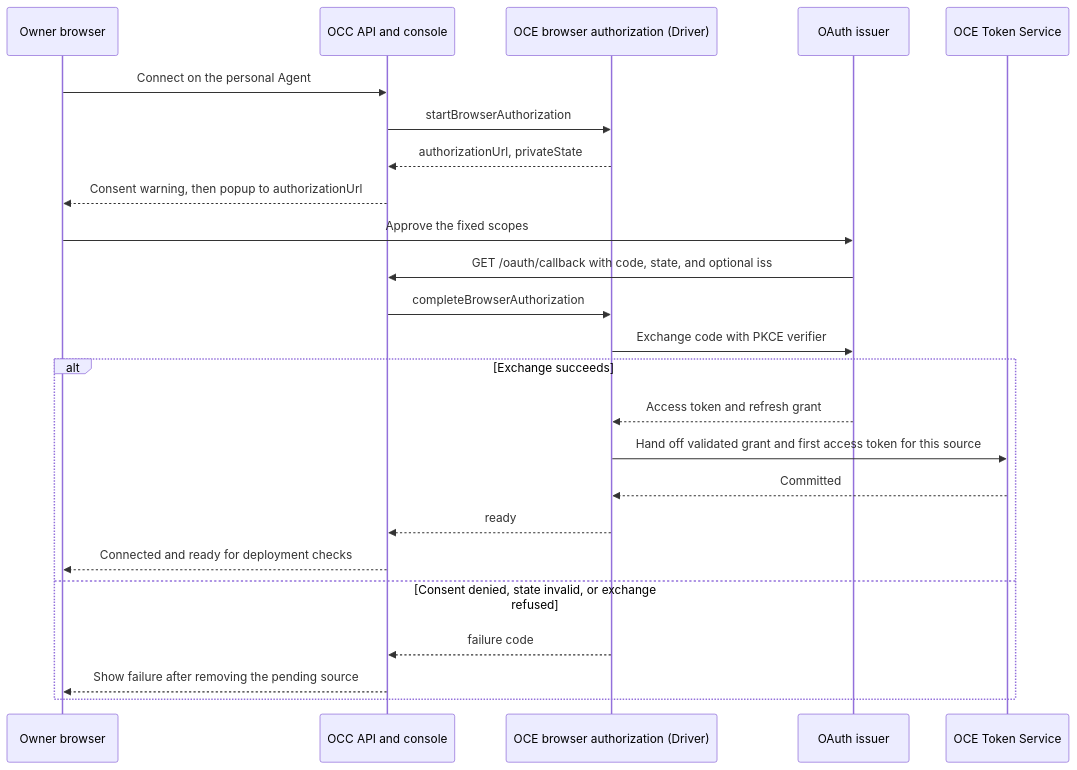
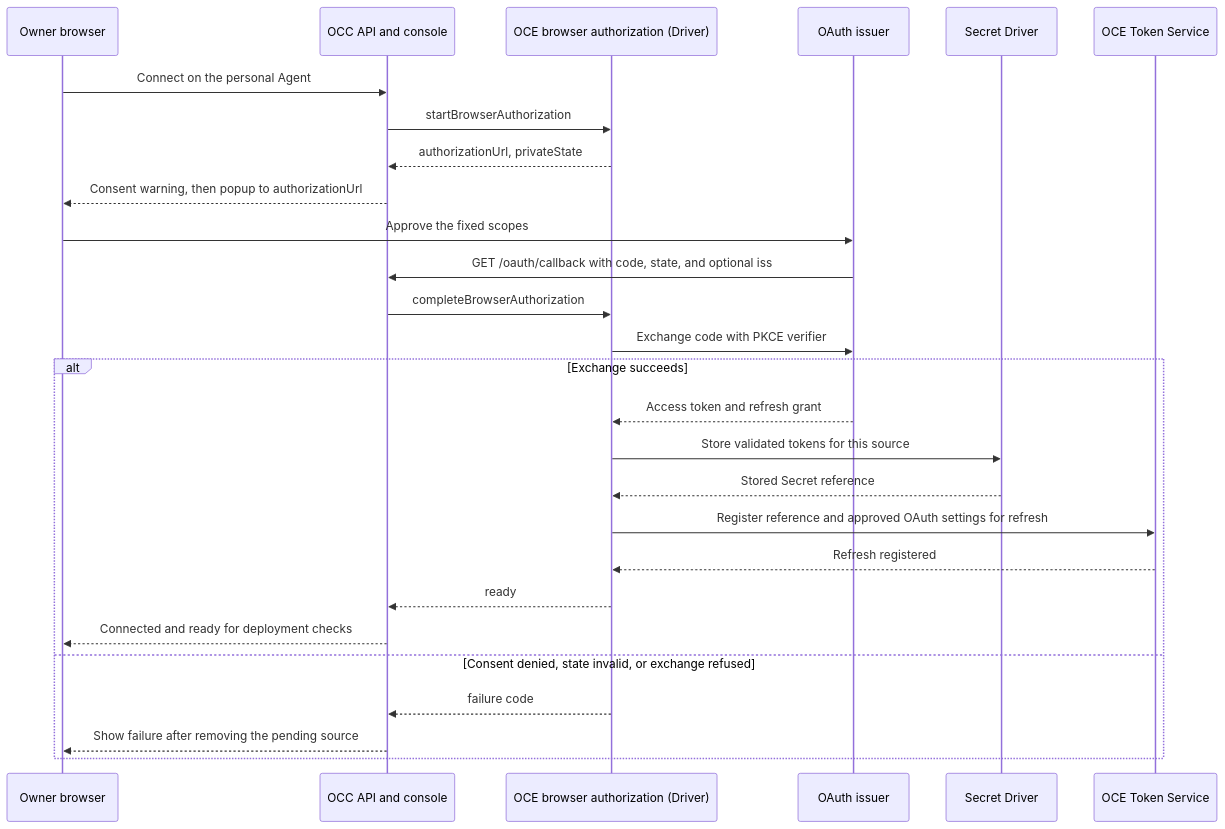
The diagram in specs/rfcs/0024-agent-oauth-connections/index.md (openclaw/openclaw-enterprise), drawn with Mermaid before and after one commit. The commit also changed other lines of this file and 2 other files, not shown here.

Commit message:
RFC-0024: Store OAuth tokens through the Secret Driver

````diff
--- a/specs/rfcs/0024-agent-oauth-connections/index.md
+++ b/specs/rfcs/0024-agent-oauth-connections/index.md
@@ -220,26 +221,29 @@
 ```mermaid
 sequenceDiagram
   participant User as Owner browser
   participant API as OCC API and console
   participant OAuth as OCE browser authorization (Driver)
   participant Issuer as OAuth issuer
+  participant Secrets as Secret Driver
   participant Tokens as OCE Token Service
   User->>API: Connect on the personal Agent
   API->>OAuth: startBrowserAuthorization
   OAuth-->>API: authorizationUrl, privateState
   API-->>User: Consent warning, then popup to authorizationUrl
   User->>Issuer: Approve the fixed scopes
   Issuer->>API: GET /oauth/callback with code, state, and optional iss
   API->>OAuth: completeBrowserAuthorization
   OAuth->>Issuer: Exchange code with PKCE verifier
   alt Exchange succeeds
     Issuer-->>OAuth: Access token and refresh grant
-    OAuth->>Tokens: Hand off validated grant and first access token for this source
-    Tokens-->>OAuth: Committed
+    OAuth->>Secrets: Store validated tokens for this source
+    Secrets-->>OAuth: Stored Secret reference
+    OAuth->>Tokens: Register reference and approved OAuth settings for refresh
+    Tokens-->>OAuth: Refresh registered
     OAuth-->>API: ready
     API-->>User: Connected and ready for deployment checks
   else Consent denied, state invalid, or exchange refused
     OAuth-->>API: failure code
     API-->>User: Show failure after removing the pending source
   end
 ```
````
